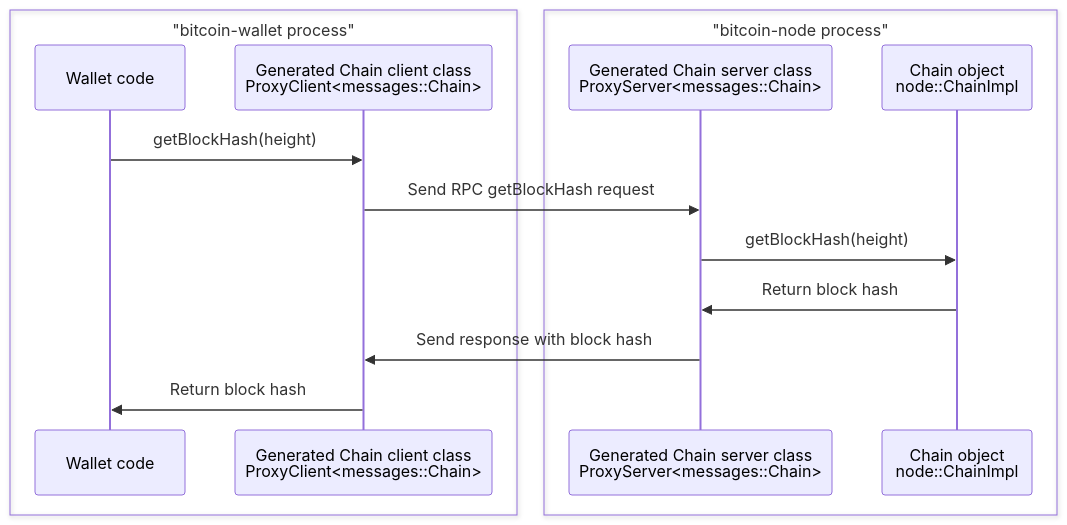
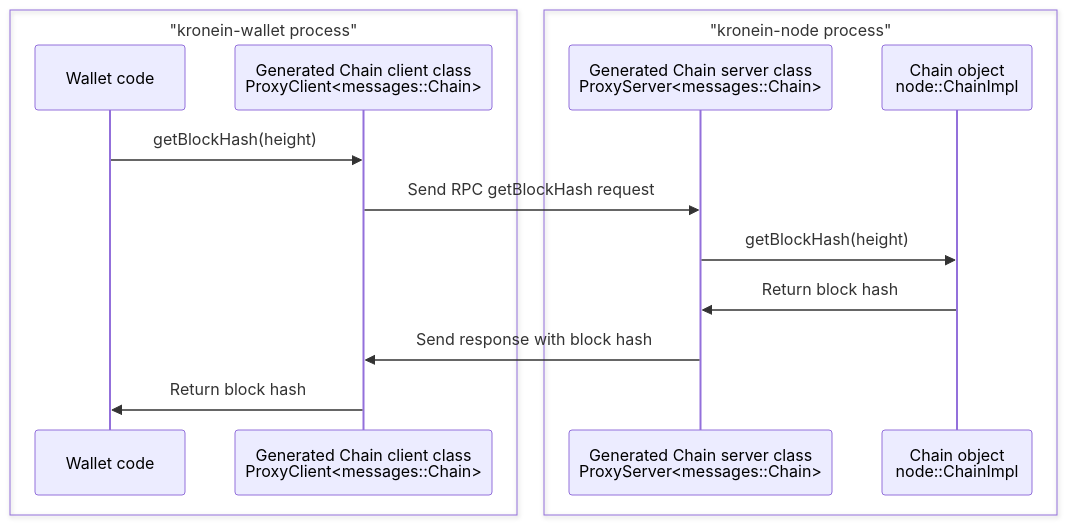
One commit to marcofortina/kronein changed the third of 3 diagrams in doc/design/multiprocess.md. Above: the diagram before and after it, drawn with Mermaid. The commit also changed other lines of this file and 64 other files, not shown here.

````diff
--- a/doc/design/multiprocess.md
+++ b/doc/design/multiprocess.md
@@ -142,18 +142,18 @@
 ```mermaid
 sequenceDiagram
-    box "bitcoin-wallet process"
+    box "kronein-wallet process"
     participant WalletCode as Wallet code
     participant ChainClient as Generated Chain client class<br/>ProxyClient<messages::Chain>
     end
-    box "bitcoin-node process"
+    box "kronein-node process"
     participant ChainServer as Generated Chain server class<br/>ProxyServer<messages::Chain>
     participant LocalChain as Chain object<br/>node::ChainImpl
     end
 
     WalletCode->>ChainClient: getBlockHash(height)
     ChainClient->>ChainServer: Send RPC getBlockHash request
     ChainServer->>LocalChain: getBlockHash(height)
     LocalChain->>ChainServer: Return block hash
     ChainServer->>ChainClient: Send response with block hash
     ChainClient->>WalletCode: Return block hash
 ```
````
